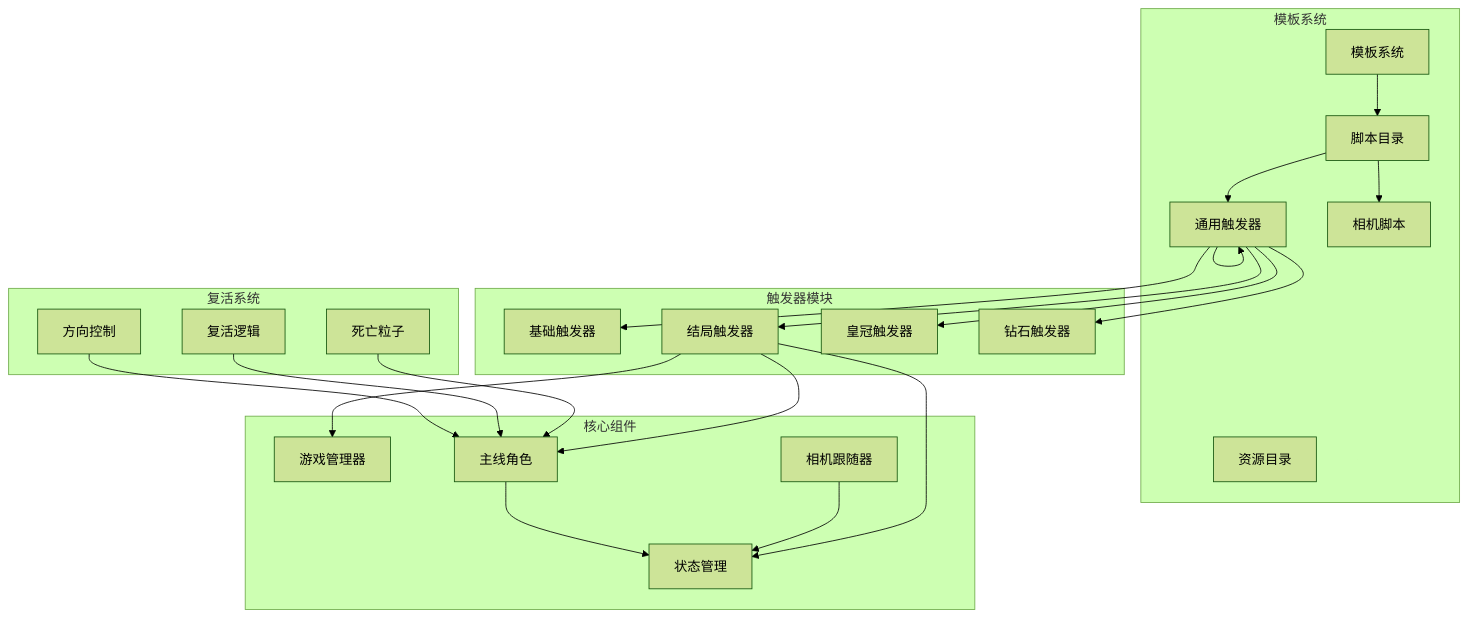
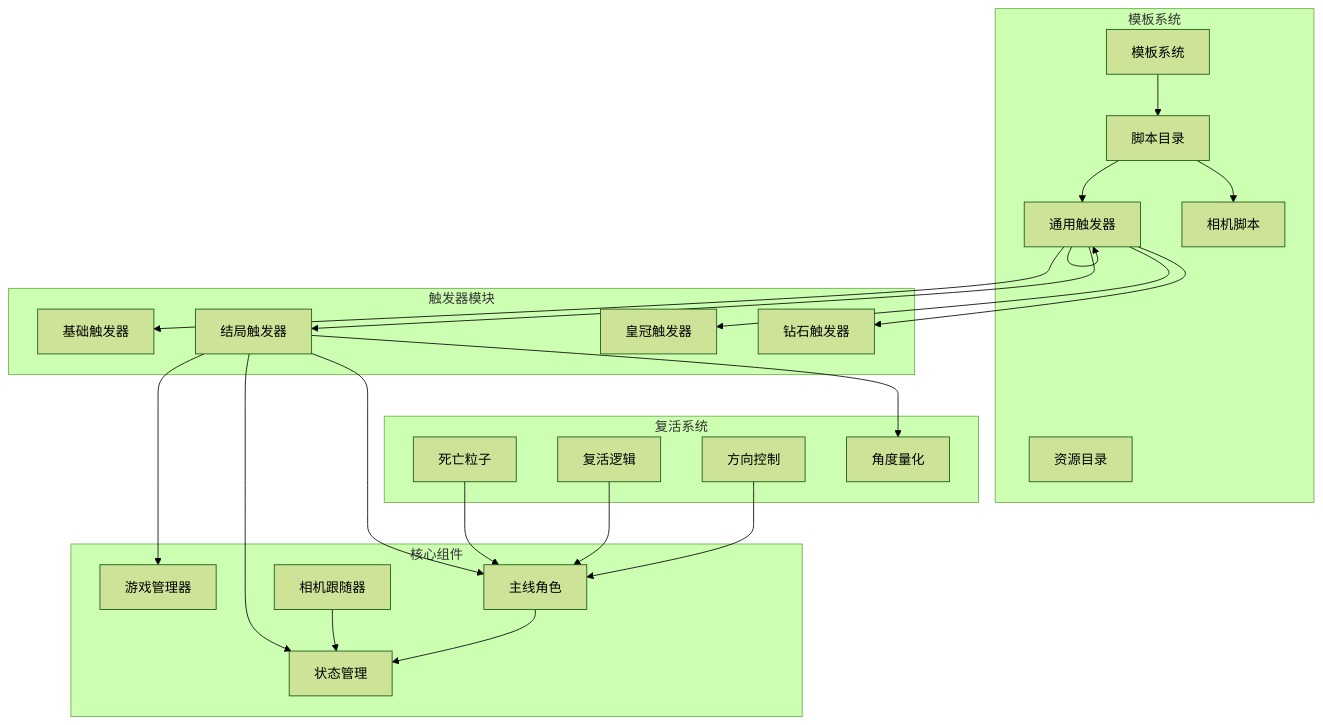
Before and after one commit to godotline/godot-line: the first of 8 diagrams in .qoder/repowiki/zh/content/游戏系统/触发器系统/结局触发器.md, drawn with Mermaid (forest theme). The commit also changed other lines of this file and 7 other files, not shown here.

````diff
--- a/.qoder/repowiki/zh/content/游戏系统/触发器系统/结局触发器.md
+++ b/.qoder/repowiki/zh/content/游戏系统/触发器系统/结局触发器.md
@@ -51,44 +54,46 @@
 ```mermaid
 graph TB
 subgraph "模板系统"
 TS[模板系统]
 Scripts[脚本目录]
 Trigger[触发器模块]
 Resources[资源目录]
 CameraScripts[相机脚本]
 end
 subgraph "触发器模块"
 BaseTrigger[基础触发器]
 Ending[结局触发器]
 Trigger[通用触发器]
 Crown[皇冠触发器]
 Diamond[钻石触发器]
 end
 subgraph "核心组件"
 GameManager[游戏管理器]
 State[状态管理]
 MainLine[主线角色]
 CameraFollower[相机跟随器]
 end
 subgraph "复活系统"
 DeathParticle[死亡粒子]
 ReviveLogic[复活逻辑]
 DirectionControl[方向控制]
+AngleQuantization[角度量化]
 end
 TS --> Scripts
 Scripts --> Trigger
 Scripts --> CameraScripts
 Trigger --> BaseTrigger
 Trigger --> Ending
 Trigger --> Trigger
 Trigger --> Crown
 Trigger --> Diamond
 Ending --> GameManager
 Ending --> State
 Ending --> MainLine
+Ending --> AngleQuantization
 CameraFollower --> State
 MainLine --> State
 DeathParticle --> MainLine
 ReviveLogic --> MainLine
 DirectionControl --> MainLine
 ```
````
